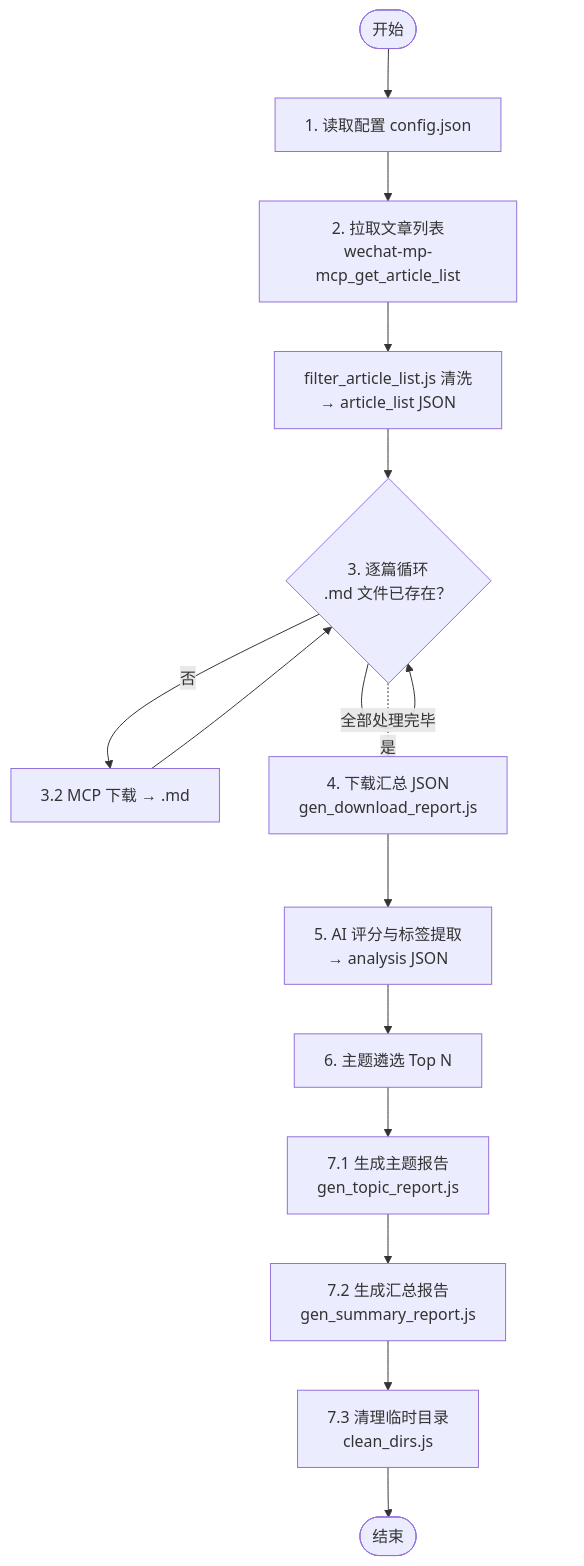
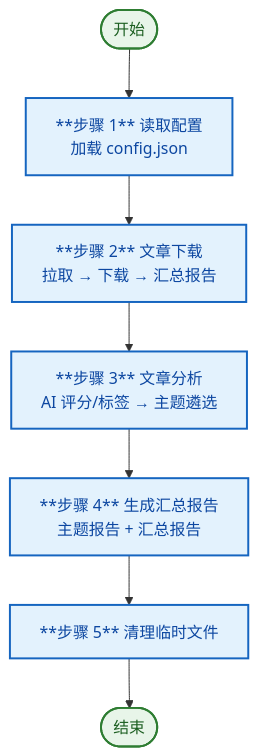
Before and after one commit to bruce1977/penbot: the diagram in .opencode/skills/wechat-mp-articles/SKILL.md, drawn with Mermaid. The commit also changed other lines of this file and 23 other files, not shown here.

````diff
--- a/.opencode/skills/wechat-mp-articles/SKILL.md
+++ b/.opencode/skills/wechat-mp-articles/SKILL.md
@@ -114,17 +63,15 @@
 ```mermaid
 flowchart TD
-    S([开始]) --> A[1. 读取配置 config.json]
-    A --> B[2. 拉取文章列表<br/>wechat-mp-mcp_get_article_list]
-    B --> C[filter_article_list.js 清洗<br/>→ article_list JSON]
-    C --> D{3. 逐篇循环<br/>.md 文件已存在？}
-    D -->|是| D
-    D -->|否| E[3.2 MCP 下载 → .md]
-    E --> D
-    D -.->|全部处理完毕| G[4. 下载汇总 JSON<br/>gen_download_report.js]
-    G --> H[5. AI 评分与标签提取<br/>→ analysis JSON]
-    H --> I[6. 主题遴选 Top N]
-    I --> J[7.1 生成主题报告<br/>gen_topic_report.js]
-    J --> K[7.2 生成汇总报告<br/>gen_summary_report.js]
-    K --> L[7.3 清理临时目录<br/>clean_dirs.js]
-    L --> M([结束])
+    classDef phase fill:#e3f2fd,stroke:#1565c0,stroke-width:2px,color:#0d47a1
+    classDef startend fill:#e8f5e9,stroke:#2e7d32,stroke-width:2px,color:#1b5e20
+
+    S([开始]) --> A[**步骤 1** 读取配置<br/>加载 config.json]
+    A --> B[**步骤 2** 文章下载<br/>拉取 → 下载 → 汇总报告]
+    B --> C[**步骤 3** 文章分析<br/>AI 评分/标签 → 主题遴选]
+    C --> D[**步骤 4** 生成汇总报告<br/>主题报告 + 汇总报告]
+    D --> E[**步骤 5** 清理临时文件]
+    E --> F([结束])
+
+    class S,F startend
+    class A,B,C,D,E phase
 ```
````
